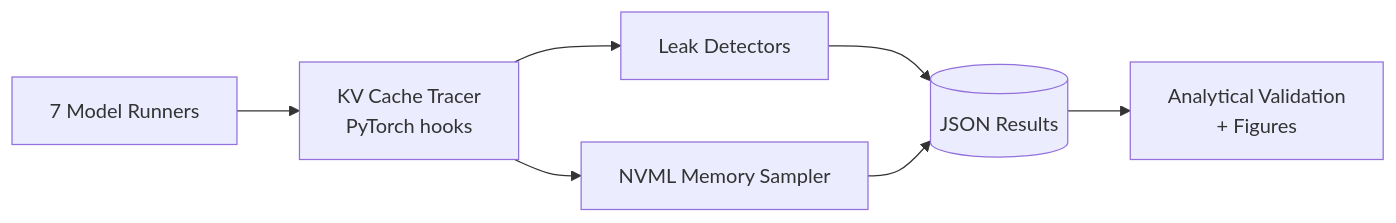
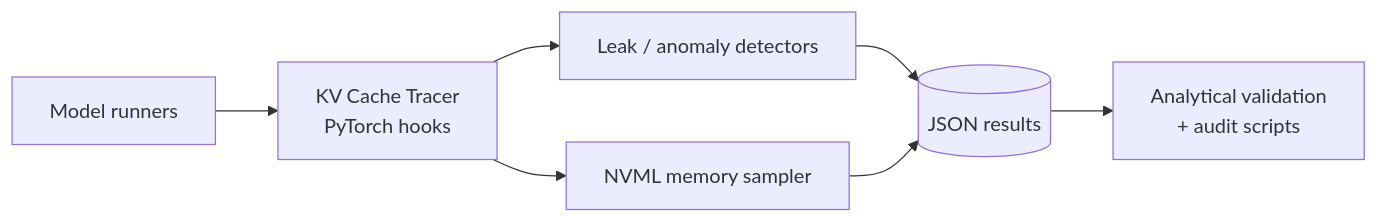
Before and after one commit to CosmicAlgo/kvscope: the diagram in README.md, drawn with Mermaid. The commit also changed other lines of this file and 1 other file, not shown here.

First line of the commit message:
Rewrite README to match the code and results; test README paths

````diff
--- a/README.md
+++ b/README.md
@@ -25,9 +22,9 @@
 ```mermaid
 flowchart LR
-    Models[7 Model Runners] --> Tracer[KV Cache Tracer<br/>PyTorch hooks]
-    Tracer --> Detectors[Leak Detectors]
-    Tracer --> NVML[NVML Memory Sampler]
-    Detectors --> Results[(JSON Results)]
+    Models[Model runners] --> Tracer[KV Cache Tracer<br/>PyTorch hooks]
+    Tracer --> Detectors[Leak / anomaly detectors]
+    Tracer --> NVML[NVML memory sampler]
+    Detectors --> Results[(JSON results)]
     NVML --> Results
-    Results --> Analysis[Analytical Validation<br/>+ Figures]
+    Results --> Analysis[Analytical validation<br/>+ audit scripts]
 ```
````
